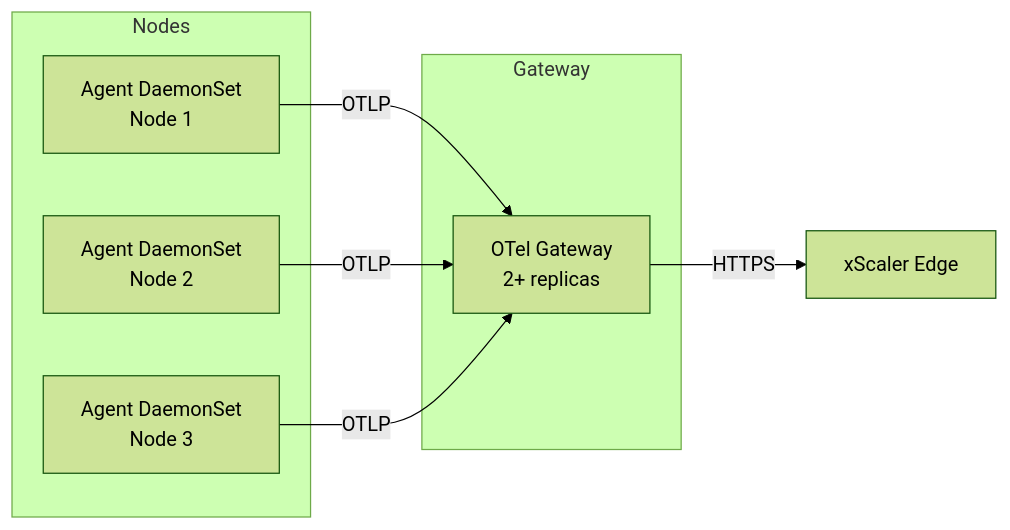
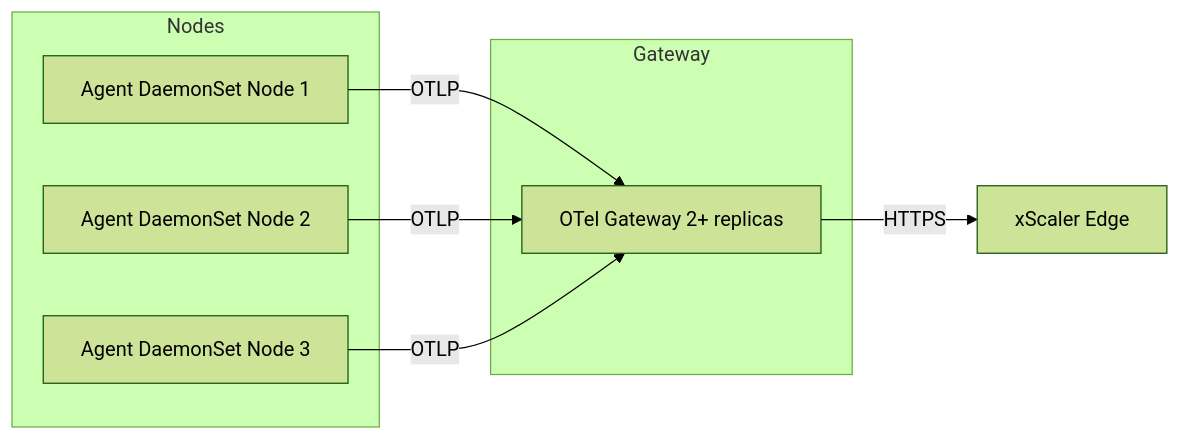
One commit to xscaler/training changed the fourth of 4 diagrams in docs/session-2/deployment-models.md. Above: the diagram before and after it, drawn with Mermaid (forest theme). The commit also changed other lines of this file and 38 other files, not shown here.

First line of the commit message:
Remove internal content, fix Mermaid diagrams, and rewrite labs as customer-facing exercises

````diff
--- a/docs/session-2/deployment-models.md
+++ b/docs/session-2/deployment-models.md
@@ -191,14 +191,14 @@
 ```mermaid
 graph LR
     subgraph "Nodes"
-        COL1[Agent DaemonSet\nNode 1]
-        COL2[Agent DaemonSet\nNode 2]
-        COL3[Agent DaemonSet\nNode 3]
+        COL1[Agent DaemonSet Node 1]
+        COL2[Agent DaemonSet Node 2]
+        COL3[Agent DaemonSet Node 3]
     end
     subgraph "Gateway"
-        GW[OTel Gateway\n2+ replicas]
+        GW[OTel Gateway 2+ replicas]
     end
 
     COL1 & COL2 & COL3 -->|OTLP| GW
     GW -->|HTTPS| XS[xScaler Edge]
 ```
````
